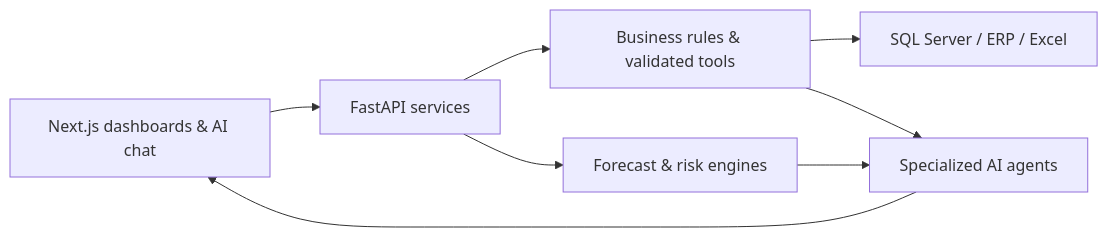
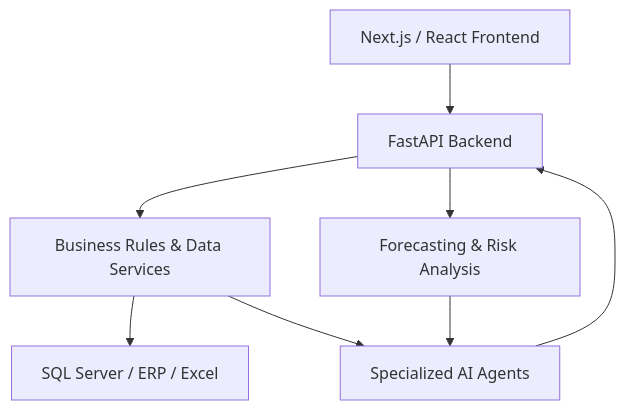
The diagram in README.md (AIilK/exir-intelligence-platform), drawn with Mermaid before and after one commit. The commit also changed other lines of this file, not shown here.

````diff
--- a/README.md
+++ b/README.md
@@ -50,10 +82,17 @@
 ```mermaid
-flowchart LR
-    A[Next.js dashboards & AI chat] --> B[FastAPI services]
-    B --> C[Business rules & validated tools]
-    C --> D[SQL Server / ERP / Excel]
-    B --> E[Forecast & risk engines]
-    C --> F[Specialized AI agents]
+flowchart TD
+    A["Next.js / React Frontend"]
+    B["FastAPI Backend"]
+    C["Business Rules & Data Services"]
+    D["SQL Server / ERP / Excel"]
+    E["Forecasting & Risk Analysis"]
+    F["Specialized AI Agents"]
+
+    A --> B
+    B --> C
+    C --> D
+    B --> E
+    C --> F
     E --> F
-    F --> A
+    F --> B
 ```
````
